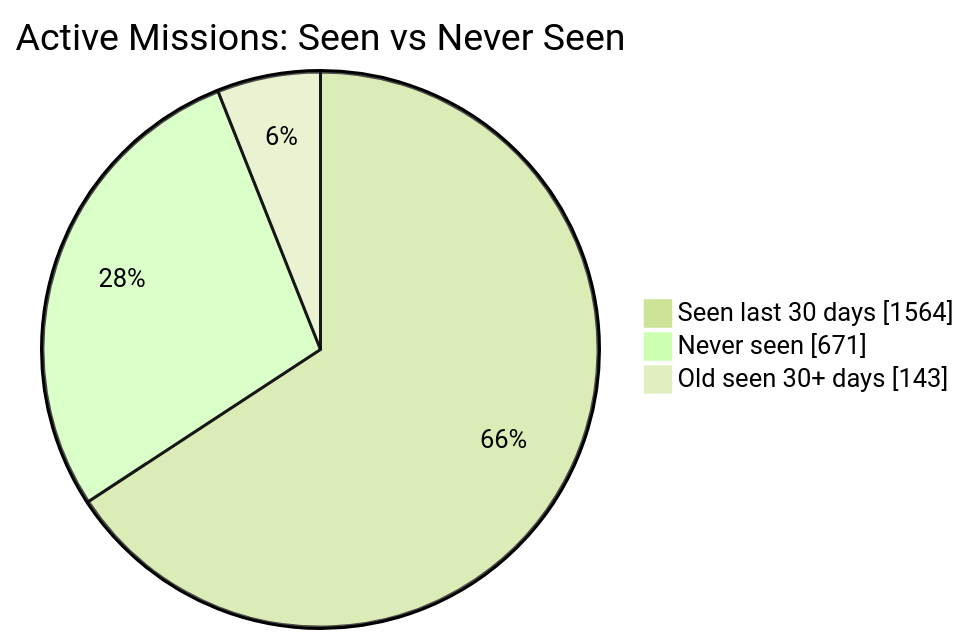
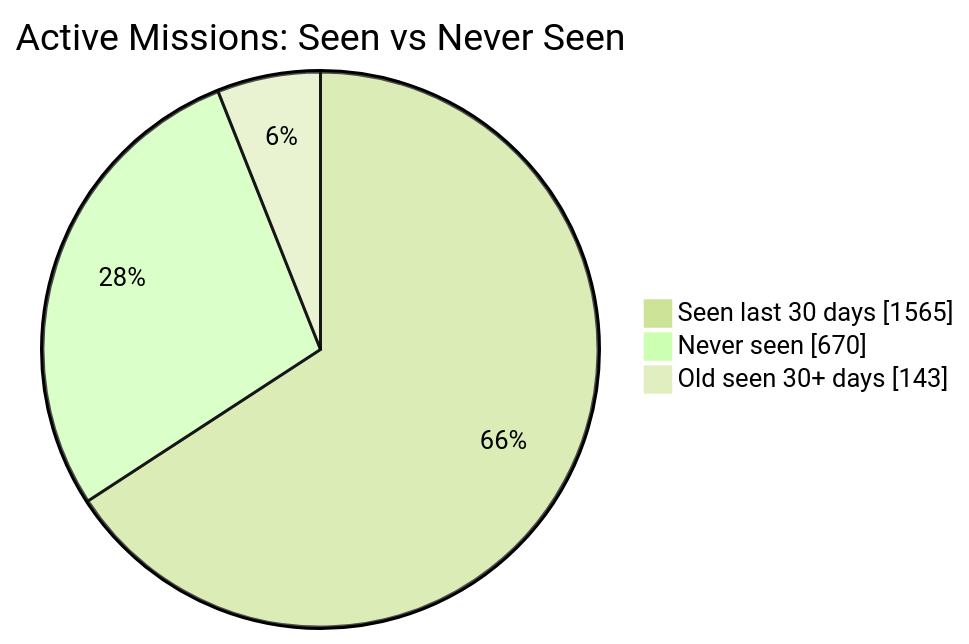
Before and after one commit to MeldkamerspelGameTeam/active-missions: the first of 2 diagrams in README.md, drawn with Mermaid (forest theme). The commit also changed other lines of this file and 2 other files, not shown here.

````diff
--- a/README.md
+++ b/README.md
@@ -34,7 +34,7 @@
 ```mermaid
 pie showData
     title Active Missions: Seen vs Never Seen
-    "Seen last 30 days" : 1564
-    "Never seen" : 671
+    "Seen last 30 days" : 1565
+    "Never seen" : 670
     "Old seen 30+ days" : 143
 ```
````
